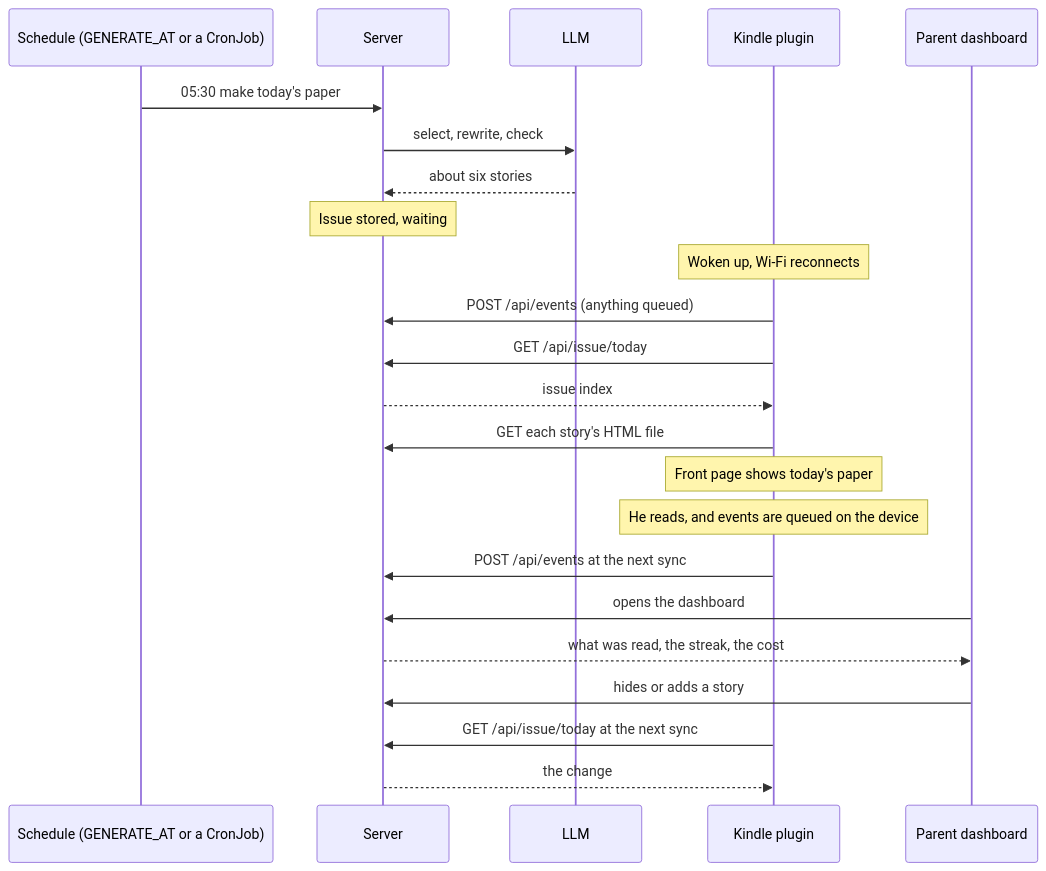
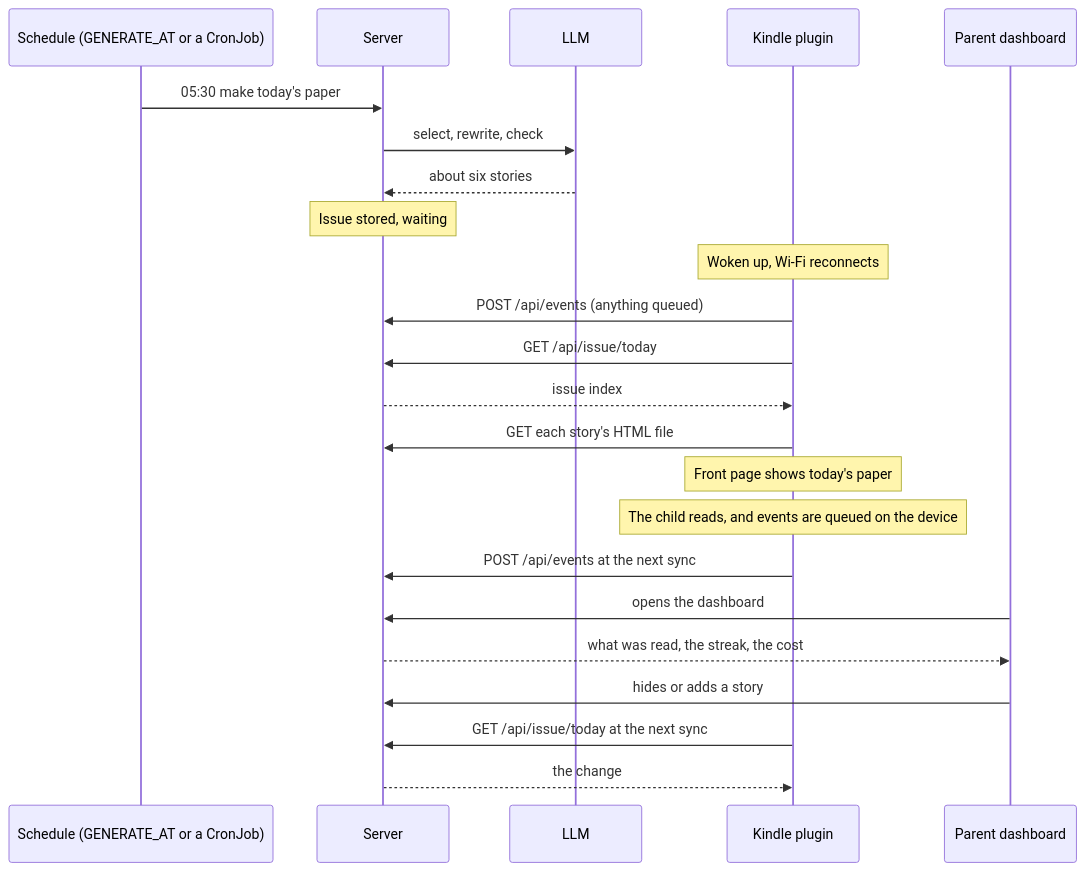
One commit to kris-g/early-edition-kids changed the second of 2 diagrams in docs/architecture.md. Above: the diagram before and after it, drawn with Mermaid. The commit also changed other lines of this file and 1 other file, not shown here.

Commit message:
Docs: neutral wording in the architecture diagrams, and a promo-site preview entry

````diff
--- a/docs/architecture.md
+++ b/docs/architecture.md
@@ -48,29 +48,29 @@
 ```mermaid
 sequenceDiagram
     participant Cron as Schedule (GENERATE_AT or a CronJob)
     participant Server
     participant LLM
     participant Kindle as Kindle plugin
     participant Parent as Parent dashboard
 
     Cron->>Server: 05:30 make today's paper
     Server->>LLM: select, rewrite, check
     LLM-->>Server: about six stories
     Note over Server: Issue stored, waiting
 
     Note over Kindle: Woken up, Wi-Fi reconnects
     Kindle->>Server: POST /api/events (anything queued)
     Kindle->>Server: GET /api/issue/today
     Server-->>Kindle: issue index
     Kindle->>Server: GET each story's HTML file
     Note over Kindle: Front page shows today's paper
 
-    Note over Kindle: He reads, and events are queued on the device
+    Note over Kindle: The child reads, and events are queued on the device
     Kindle->>Server: POST /api/events at the next sync
 
     Parent->>Server: opens the dashboard
     Server-->>Parent: what was read, the streak, the cost
     Parent->>Server: hides or adds a story
     Kindle->>Server: GET /api/issue/today at the next sync
     Server-->>Kindle: the change
 ```
````
